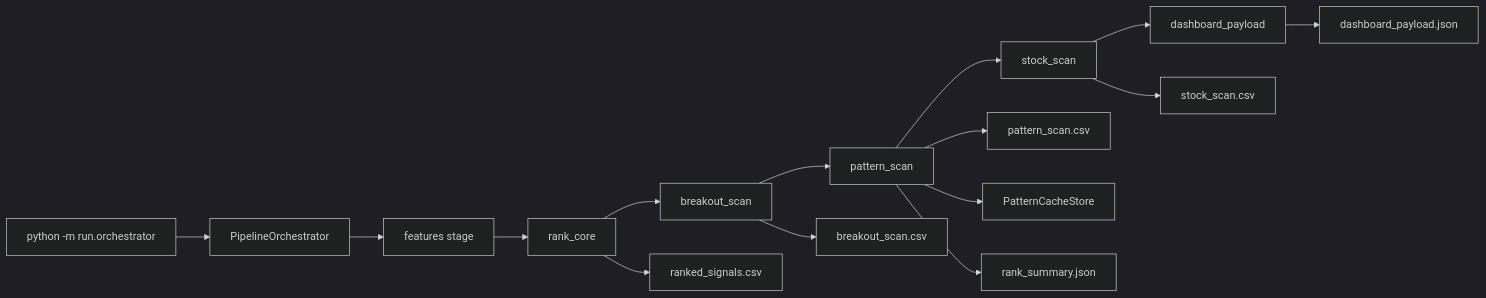
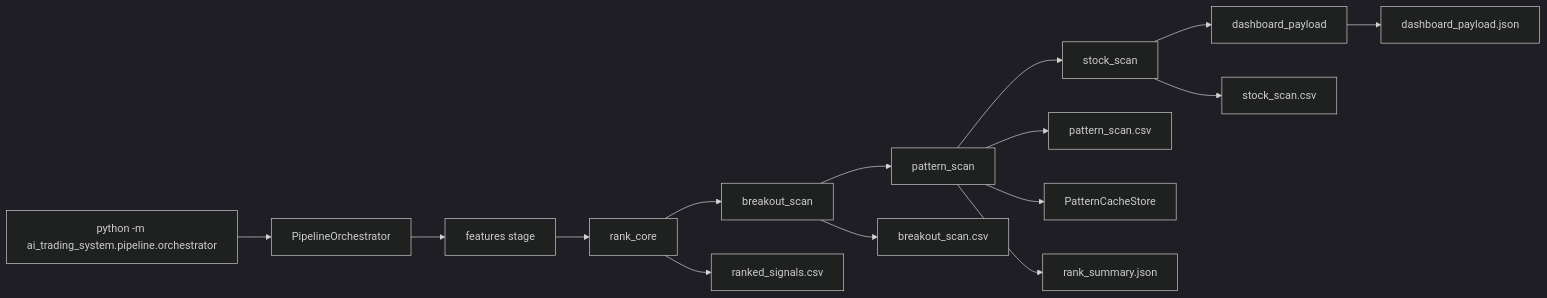
The first of 2 diagrams in docs/architecture/pattern-scan.md (prashantsirohi/ai-trading-system), drawn with Mermaid (dark theme) before and after one commit. The commit also changed other lines of this file and 78 other files, not shown here.

````diff
--- a/docs/architecture/pattern-scan.md
+++ b/docs/architecture/pattern-scan.md
@@ -47,18 +47,18 @@
 ```mermaid
 flowchart LR
-    A["python -m run.orchestrator"] --> B["PipelineOrchestrator"]
+    A["python -m ai_trading_system.pipeline.orchestrator"] --> B["PipelineOrchestrator"]
     B --> C["features stage"]
     C --> D["rank_core"]
     D --> E["breakout_scan"]
     E --> F["pattern_scan"]
     F --> G["stock_scan"]
     G --> H["dashboard_payload"]
 
     F --> I["pattern_scan.csv"]
     F --> J["PatternCacheStore"]
     G --> K["stock_scan.csv"]
     H --> L["dashboard_payload.json"]
     D --> M["ranked_signals.csv"]
     E --> N["breakout_scan.csv"]
     F --> O["rank_summary.json"]
 ```
````
